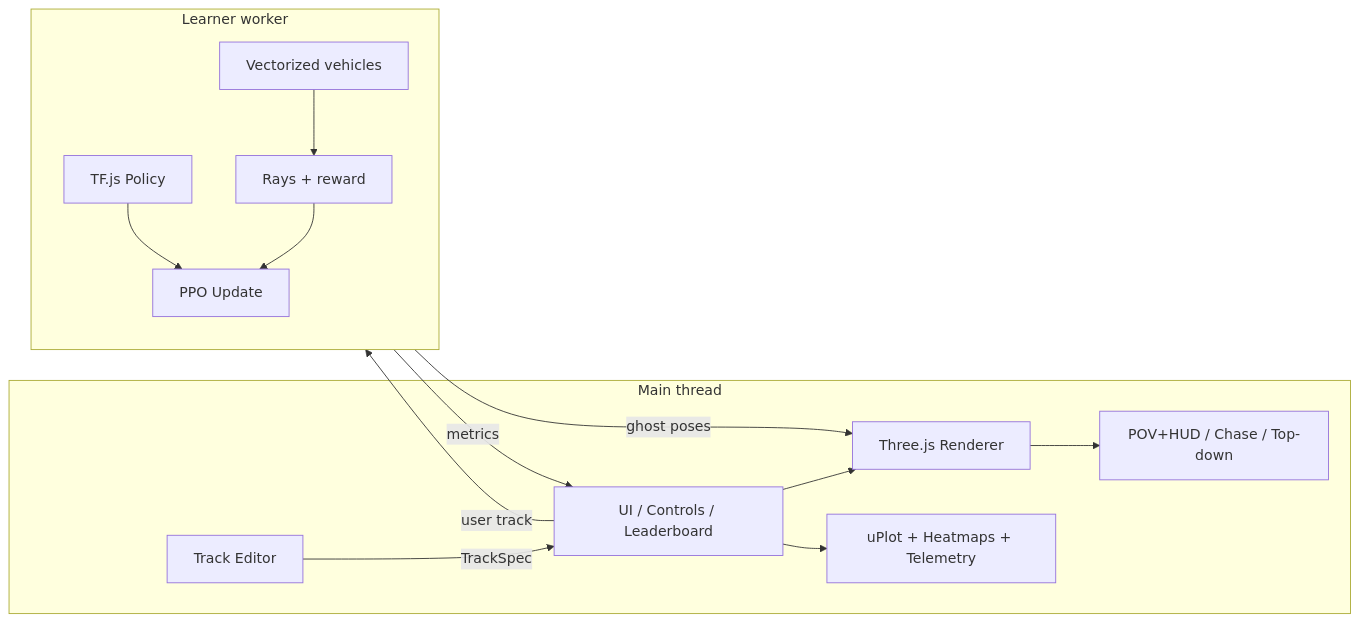
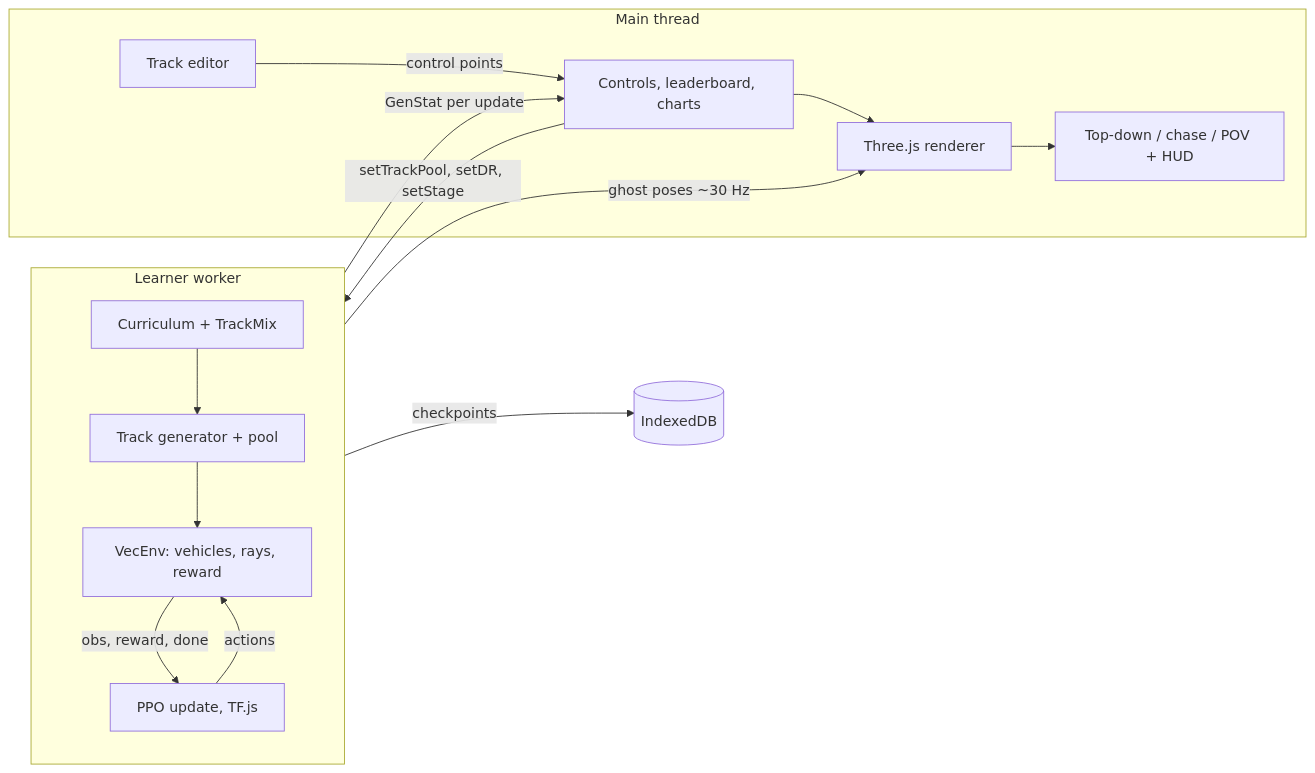
Before and after one commit to alexnieves-cs/drift-school: the diagram in README.md, drawn with Mermaid. The commit also changed other lines of this file and 16 other files, not shown here.

````diff
--- a/README.md
+++ b/README.md
@@ -50,17 +60,18 @@
 ```mermaid
 flowchart LR
   subgraph Main[Main thread]
-    UI[UI / Controls / Leaderboard] --> R[Three.js Renderer]
-    Ed[Track Editor] -->|TrackSpec| UI
-    R --> Cams[POV+HUD / Chase / Top-down]
-    UI --> Charts[uPlot + Heatmaps + Telemetry]
+    UI[Controls, leaderboard, charts] --> R[Three.js renderer]
+    Ed[Track editor] -->|control points| UI
+    R --> Cams[Top-down / chase / POV + HUD]
   end
-  subgraph LearnW[Learner worker]
-    Pol[TF.js Policy] --> PPO[PPO Update]
-    Car[Vectorized vehicles] --> Sens[Rays + reward]
-    Sens --> PPO
+  subgraph Learner[Learner worker]
+    Gen[Track generator + pool] --> Env[VecEnv: vehicles, rays, reward]
+    Env -->|obs, reward, done| PPO[PPO update, TF.js]
+    PPO -->|actions| Env
+    Cur[Curriculum + TrackMix] --> Gen
   end
-  LearnW -- ghost poses --> R
-  LearnW -- metrics --> UI
-  UI -- user track --> LearnW
+  Learner -- ghost poses ~30 Hz --> R
+  Learner -- GenStat per update --> UI
+  UI -- setTrackPool, setDR, setStage --> Learner
+  Learner -- checkpoints --> IDB[(IndexedDB)]
 ```
````
